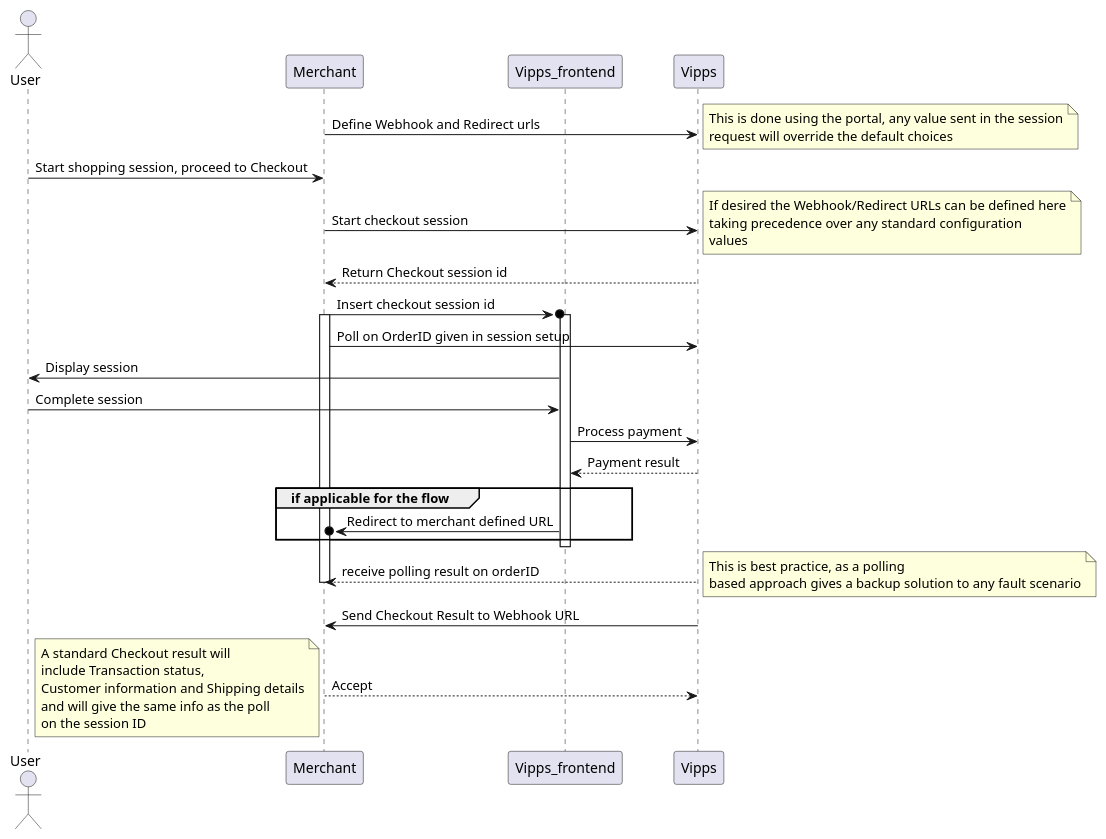
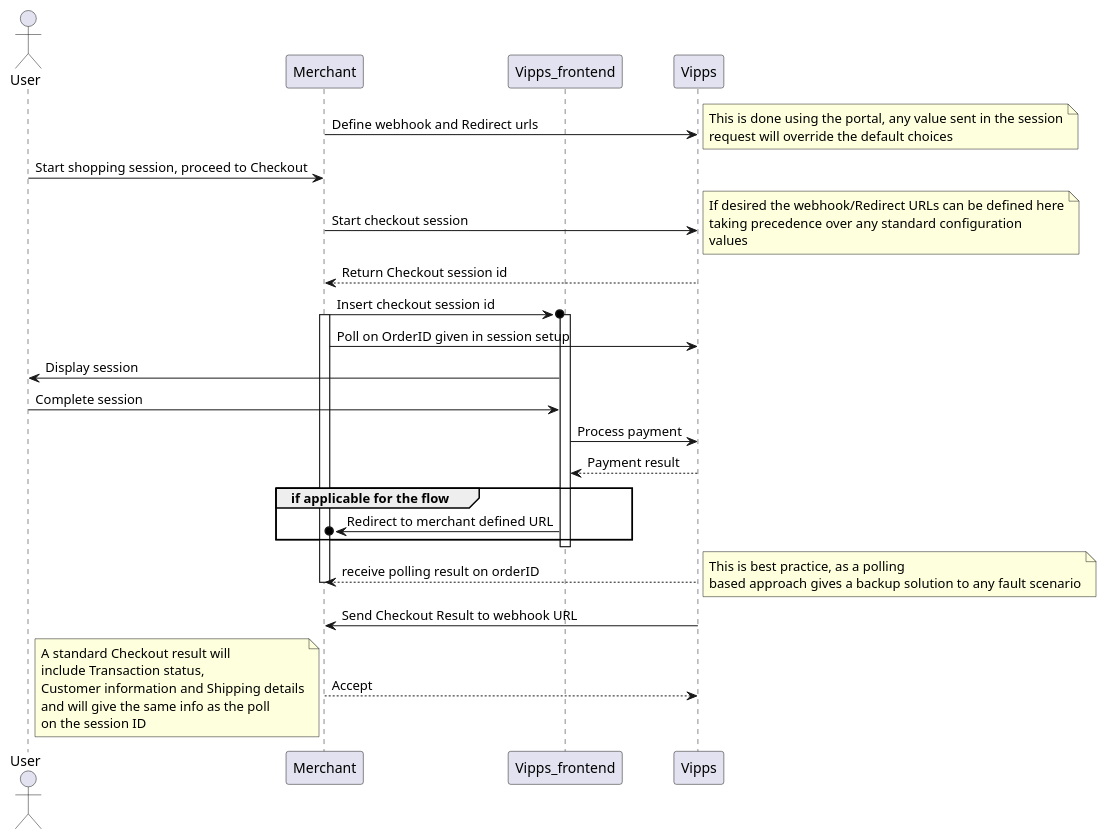
One commit to vippsas/vipps-checkout changed the diagram in resources/standard_flow.puml. Above: the diagram before and after it, drawn with PlantUML. The commit also changed 2 other files, not shown here.

```diff
--- a/resources/standard_flow.puml
+++ b/resources/standard_flow.puml
@@ -1,62 +1,62 @@
 @startuml
 
 Actor User
 participant Merchant
 participant Vipps_frontend
 participant Vipps
 
-Merchant -> Vipps : Define Webhook and Redirect urls
+Merchant -> Vipps : Define webhook and Redirect urls
 
 note right
 This is done using the portal, any value sent in the session
 request will override the default choices
 end note
 
 User -> Merchant : Start shopping session, proceed to Checkout
 Merchant -> Vipps : Start checkout session
 
 note right 
-If desired the Webhook/Redirect URLs can be defined here
+If desired the webhook/Redirect URLs can be defined here
 taking precedence over any standard configuration
 values  
 end note
 
 Vipps --> Merchant : Return Checkout session id
 
 Merchant ->o Vipps_frontend: Insert checkout session id
 activate Vipps_frontend
 activate Merchant
 Merchant -> Vipps : Poll on OrderID given in session setup
 Vipps_frontend -> User : Display session
 User -> Vipps_frontend : Complete session
 Vipps_frontend -> Vipps : Process payment
 Vipps --> Vipps_frontend : Payment result
 
 group if applicable for the flow
 Vipps_frontend ->o Merchant : Redirect to merchant defined URL
 end
 deactivate Vipps_frontend
 
 Merchant <-- Vipps: receive polling result on orderID
 deactivate Merchant
 
 note right
 This is best practice, as a polling
 based approach gives a backup solution to any fault scenario
 end note
 
-Vipps -> Merchant : Send Checkout Result to Webhook URL
+Vipps -> Merchant : Send Checkout Result to webhook URL
 Vipps <-- Merchant : Accept
 
 note left
 A standard Checkout result will 
 include Transaction status,
 Customer information and Shipping details
 and will give the same info as the poll
 on the session ID
 end note
 
 deactivate Vipps_frontend
 
 
 @enduml
```
